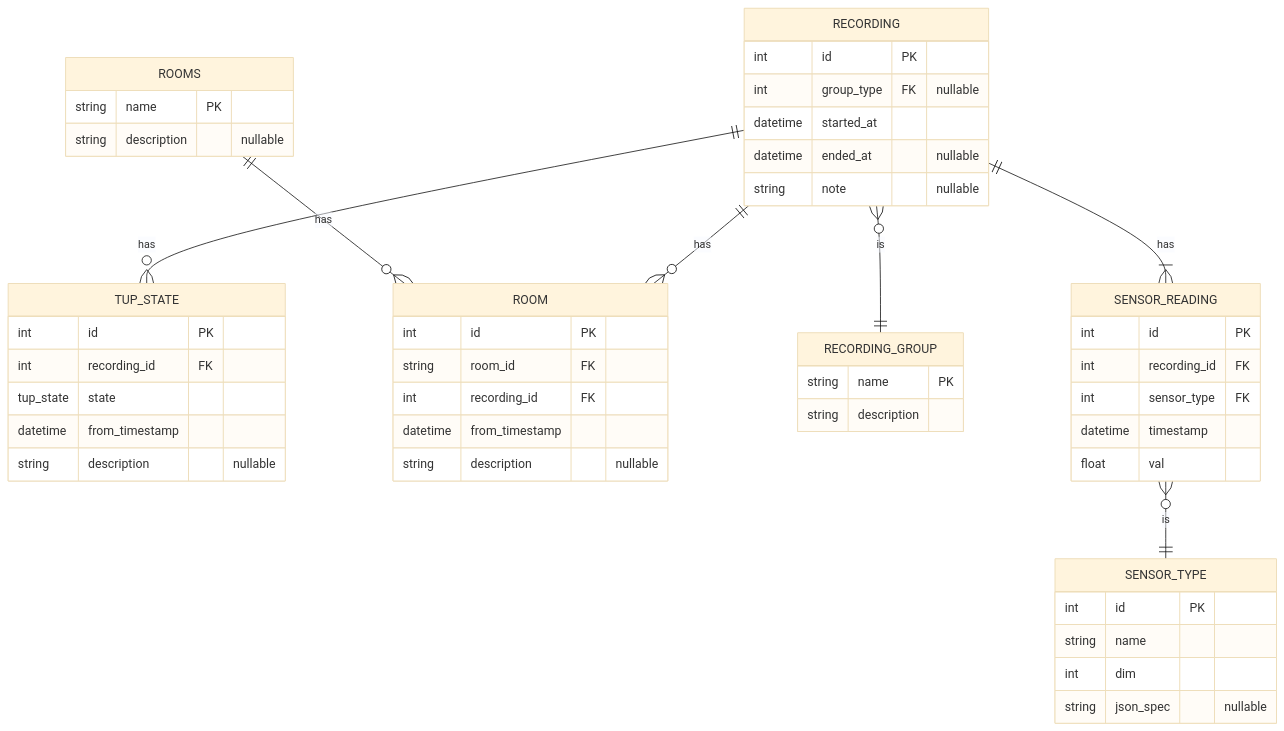
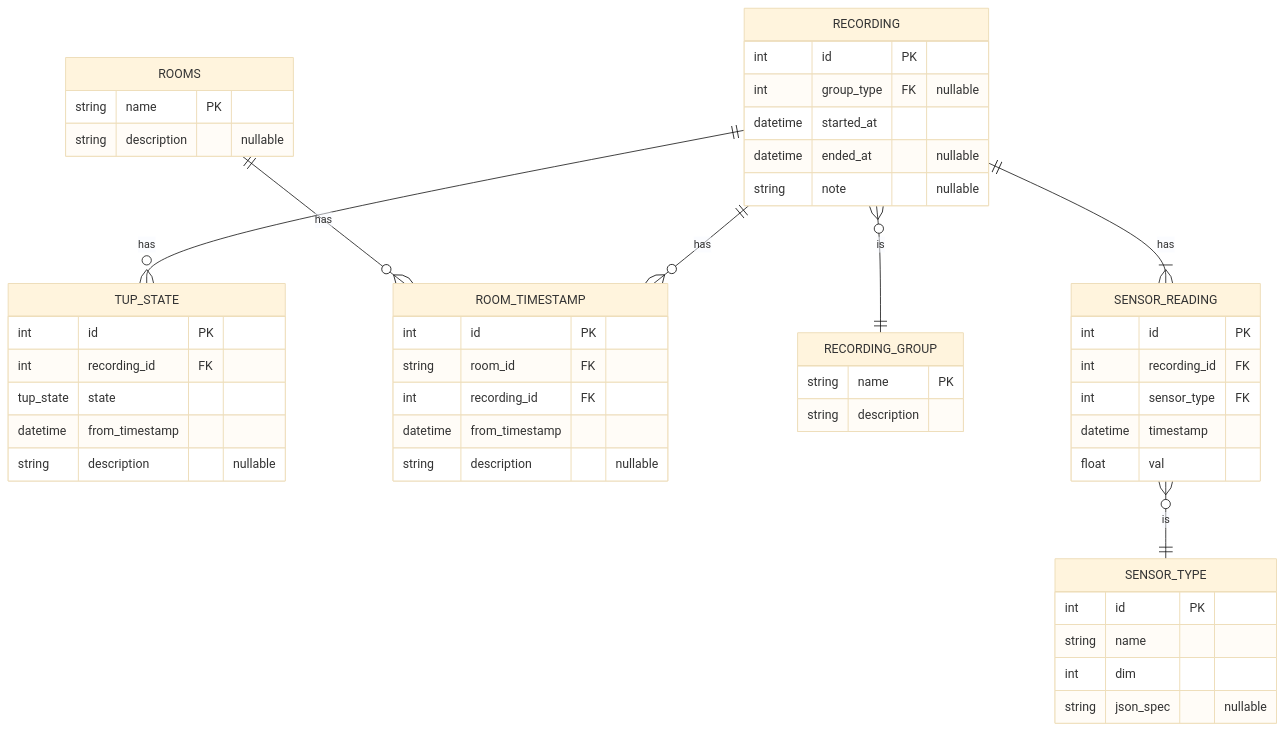
Before and after one commit to PrzemyslawBorczak1/TupTup: the diagram in labs/TupTrack/docs/db-schema.md, drawn with Mermaid (base theme). The commit also changed 16 other files, not shown here.

````diff
--- a/labs/TupTrack/docs/db-schema.md
+++ b/labs/TupTrack/docs/db-schema.md
@@ -4,58 +4,58 @@
 ```mermaid
 erDiagram
     RECORDING ||--o{ TUP_STATE : has
-    RECORDING ||--o{ ROOM : has
-    ROOMS ||--o{ ROOM : has
+    RECORDING ||--o{ ROOM_TIMESTAMP : has
+    ROOMS ||--o{ ROOM_TIMESTAMP : has
     RECORDING }o--|| RECORDING_GROUP : is
     RECORDING ||--|{ SENSOR_READING : has
     SENSOR_READING }o--|| SENSOR_TYPE : is
 
     RECORDING {
         int id PK
         int group_type FK "nullable"
         datetime started_at
         datetime ended_at "nullable"
         string note "nullable"
     }
 
     SENSOR_READING {
         int id PK
         int recording_id FK
         int sensor_type FK
         datetime timestamp
         float val
     }
 
     SENSOR_TYPE {
         int id PK
         string name
         int dim
         string json_spec "nullable"
     }
 
     TUP_STATE  {
         int id PK
         int recording_id FK
         tup_state state
         datetime from_timestamp
         string description "nullable"
     }
 
     ROOMS{
         string name PK
         string description "nullable"
     }
 
-    ROOM  {
+    ROOM_TIMESTAMP  {
         int id PK
         string room_id FK
         int recording_id FK
         datetime from_timestamp
         string description "nullable"
     }
    
     RECORDING_GROUP{
         string name PK
         string description
     }
 ```
````
